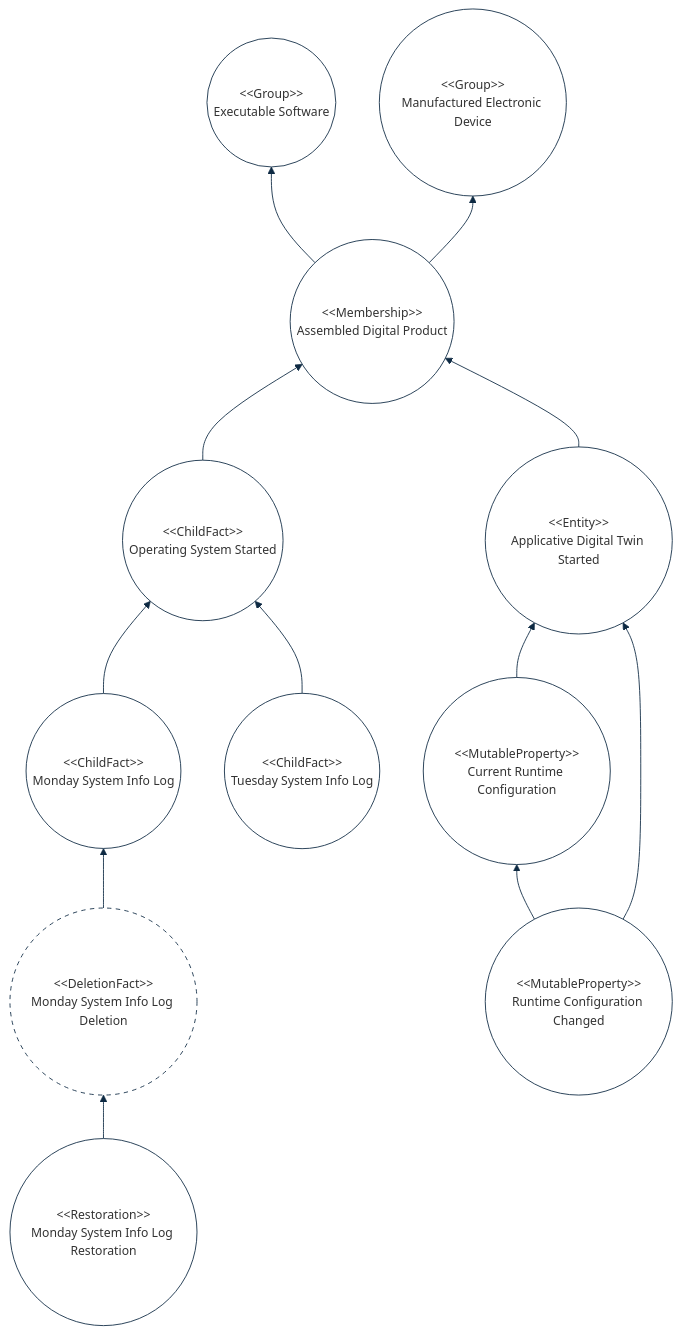
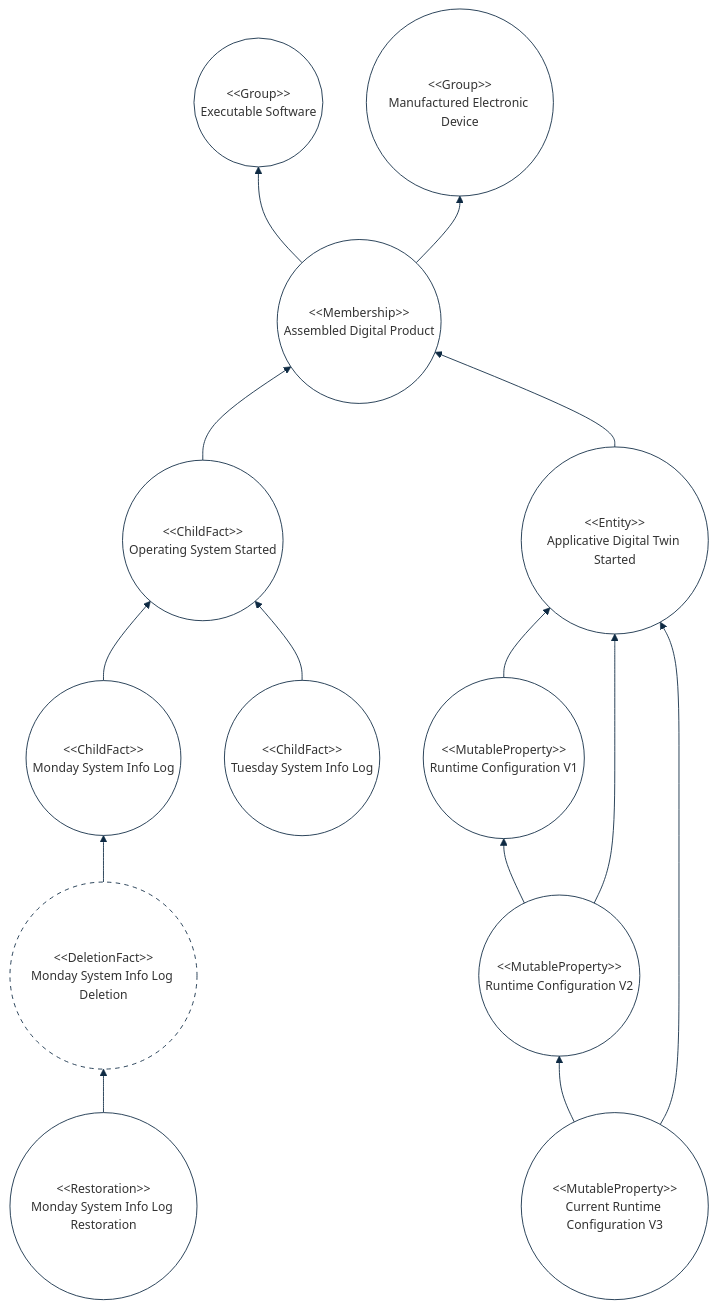
One commit to cybnity/foundation changed the second of 2 diagrams in implementations-line/framework/immutable/README.md. Above: the diagram before and after it, drawn with Mermaid. The commit also changed other lines of this file, not shown here.

````diff
--- a/implementations-line/framework/immutable/README.md
+++ b/implementations-line/framework/immutable/README.md
@@ -135,35 +134,37 @@
 ```mermaid
 %%{
   init: {
     'theme': 'base',
     'themeVariables': {
         'background': '#ffffff',
         'fontFamily': 'arial',
         'fontSize': '14px',
         'primaryColor': '#fff',
         'primaryBorderColor': '#0e2a43',
         'secondaryBorderColor': '#0e2a43',
         'tertiaryBorderColor': '#0e2a43',
         'edgeLabelBackground':'#0e2a43',
         'lineColor': '#0e2a43',
         'tertiaryColor': '#fff'
     }
   }
 }%%
 flowchart BT
     software(("#60;#60;Group#62;#62;<br/>Executable Software"))
     electronicdevice(("#60;#60;Group#62;#62;<br/>Manufactured Electronic Device"))
     system(("#60;#60;Membership#62;#62;<br/>Assembled Digital Product")) --> software
     system --> electronicdevice
     os(("#60;#60;ChildFact#62;#62;<br/>Operating System Started")) --> system
     application(("#60;#60;Entity#62;#62;<br/>Applicative Digital Twin Started")) --> system
     systemlog1(("#60;#60;ChildFact#62;#62;<br/>Monday System Info Log")) --> os
     systemlog2(("#60;#60;ChildFact#62;#62;<br/>Tuesday System Info Log")) --> os
     systemlog1deletion(("#60;#60;DeletionFact#62;#62;<br/>Monday System Info Log Deletion")) --> systemlog1
     style systemlog1deletion stroke-dasharray: 5 5
     systemlog1restoration(("#60;#60;Restoration#62;#62;<br/>Monday System Info Log Restoration")) --> systemlog1deletion
-    runtimeconfig(("#60;#60;MutableProperty#62;#62;<br/>Current Runtime Configuration")) --> application
-    runtimeconfig2(("#60;#60;MutableProperty#62;#62;<br/>Runtime Configuration Changed")) --> application
+    runtimeconfig(("#60;#60;MutableProperty#62;#62;<br/>Runtime Configuration V1")) --> application
+    runtimeconfig2(("#60;#60;MutableProperty#62;#62;<br/>Runtime Configuration V2")) --> application
     runtimeconfig2 --> runtimeconfig
+    runtimeconfig3(("#60;#60;MutableProperty#62;#62;<br/>Current Runtime Configuration V3")) --> application
+    runtimeconfig3 --> runtimeconfig2
 
 ```
````
